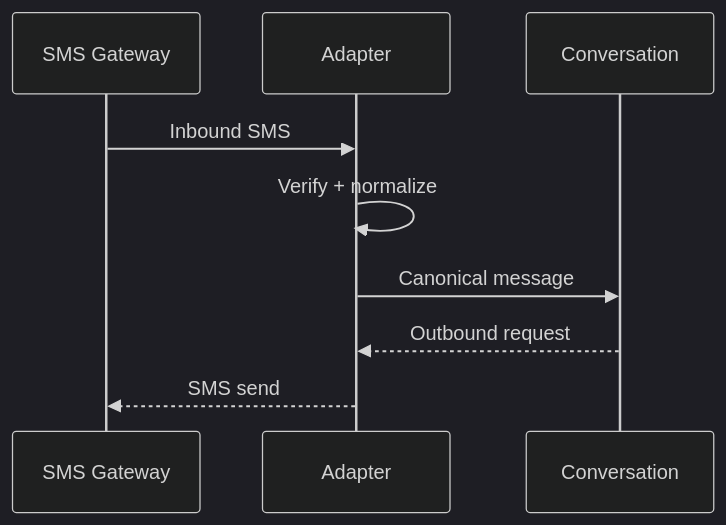
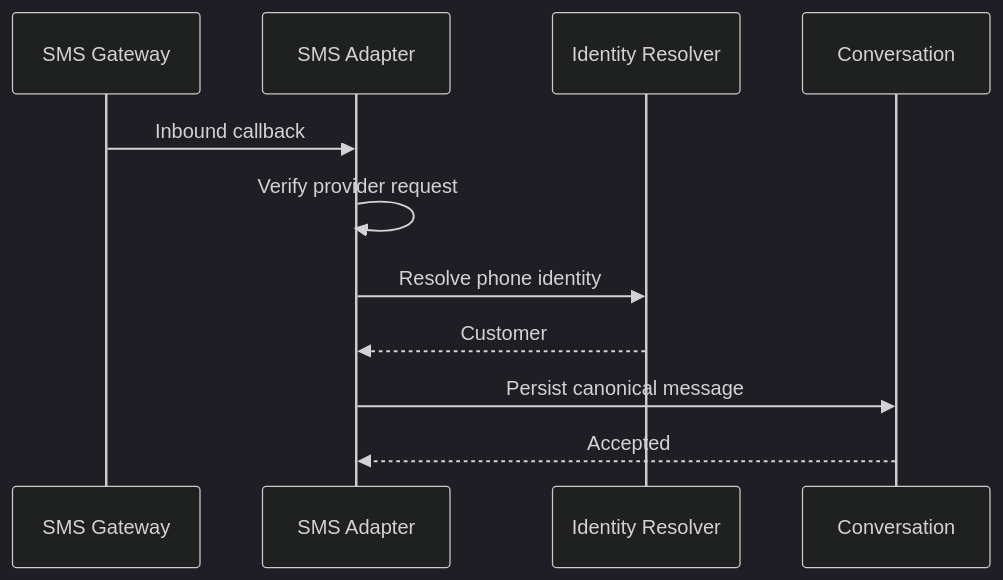
One commit to D-engahmed/OMILINKS changed the first of 3 diagrams in docs/integrations/sms.md. Above: the diagram before and after it, drawn with Mermaid (dark theme). The commit also changed other lines of this file and 2 other files, not shown here.

Commit message:
docs: deepen sms paymob and n8n integrations

````diff
--- a/docs/integrations/sms.md
+++ b/docs/integrations/sms.md
@@ -13,11 +40,13 @@
-```mermaid
+~~~mermaid
 sequenceDiagram
-participant G as SMS Gateway
-participant A as Adapter
-participant C as Conversation
-G->>A: Inbound SMS
-A->>A: Verify + normalize
-A->>C: Canonical message
-C-->>A: Outbound request
-A-->>G: SMS send
-```
+    participant G as SMS Gateway
+    participant A as SMS Adapter
+    participant I as Identity Resolver
+    participant C as Conversation
+    G->>A: Inbound callback
+    A->>A: Verify provider request
+    A->>I: Resolve phone identity
+    I-->>A: Customer
+    A->>C: Persist canonical message
+    C-->>A: Accepted
+~~~
````
